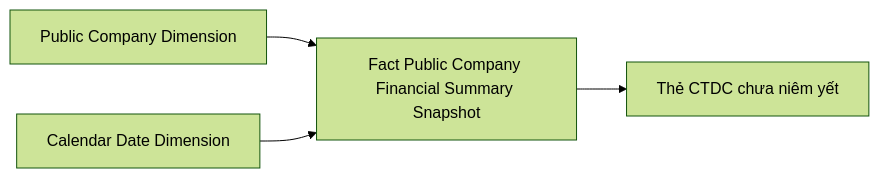
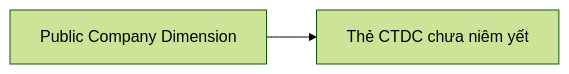
One commit to linhlvit/ubck_atomic_design changed diagram 14 of 21 in Datamart/hld/DTM_GSDC_HLD.md. Above: the diagram before and after it, drawn with Mermaid (forest theme). The commit also changed other lines of this file and 19 other files, not shown here.

````diff
--- a/Datamart/hld/DTM_GSDC_HLD.md
+++ b/Datamart/hld/DTM_GSDC_HLD.md
@@ -724,6 +712,4 @@
 ```mermaid
 flowchart LR
-    fct_public_company_financial_summary_snpst["Fact Public Company Financial Summary Snapshot"] --> R9["Thẻ CTDC chưa niêm yết"]
-    public_company_dim["Public Company Dimension"] --> fct_public_company_financial_summary_snpst
-    cdr_dt_dim["Calendar Date Dimension"] --> fct_public_company_financial_summary_snpst
+    public_company_dim["Public Company Dimension"] --> R9["Thẻ CTDC chưa niêm yết"]
 ```
````
